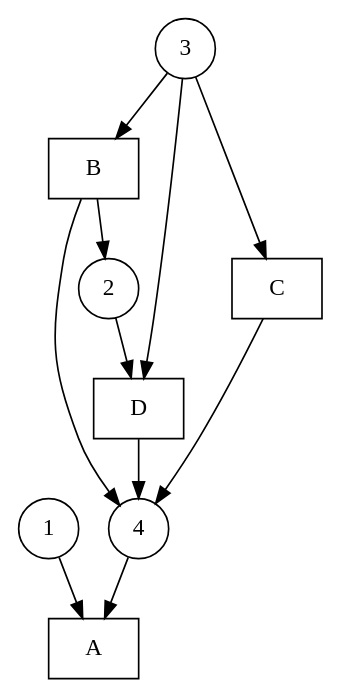
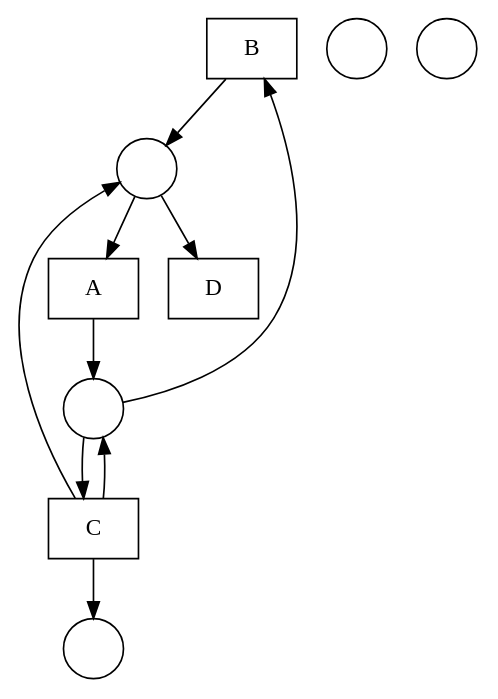
Before and after one commit to DWitek97/GeneticMiner: the diagram in nets/Fittest net.gv, drawn with Graphviz. The commit also changed 4 other files, not shown here.

```diff
--- a/nets/Fittest net.gv
+++ b/nets/Fittest net.gv
@@ -1,22 +1,22 @@
 digraph "Fittest net" {
 	node [shape=box]
+	B [label=B]
 	A [label=A]
-	B [label=B]
+	D [label=D]
 	C [label=C]
-	D [label=D]
 	node [shape=circle]
-	1
-	2
-	3
-	4
-	1 -> A
-	4 -> A
-	3 -> B
-	B -> 4
+	1 [label=" "]
+	2 [label=" "]
+	3 [label=" "]
+	4 [label=" "]
+	5 [label=" "]
+	1 -> B
 	B -> 2
-	3 -> C
+	2 -> A
+	A -> 1
+	2 -> D
+	1 -> C
 	C -> 4
-	3 -> D
-	2 -> D
-	D -> 4
+	C -> 2
+	C -> 1
 }
```
